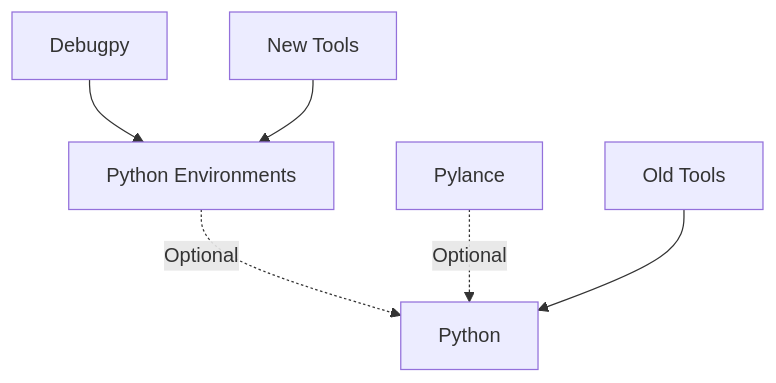
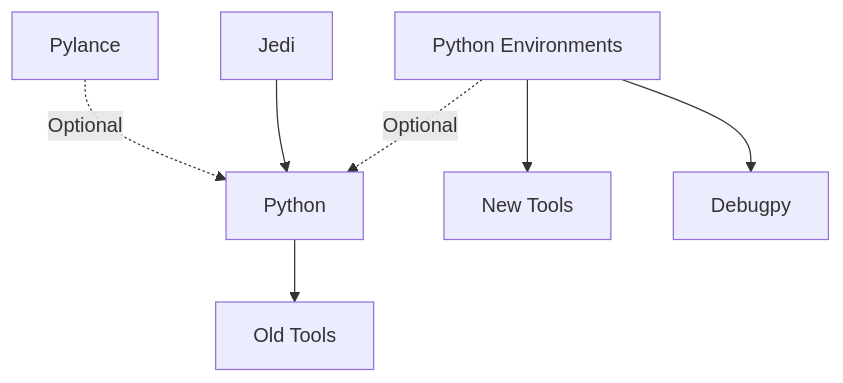
The first of 2 diagrams in README.md (microsoft/vscode-python-environments), drawn with Mermaid before and after one commit. The commit also changed other lines of this file, not shown here.

Commit message:
Tweak diagram

````diff
--- a/README.md
+++ b/README.md
@@ -63,9 +63,13 @@
 ```mermaid
 graph TD
     A[Python Environments] -. Optional .-> B
     B[Python]
-    C[Debugpy] --> A
-    D[New Tools] --> A
+    C[New Tools]
+    D[Debugpy]
     E[Pylance] -. Optional .-> B
-    F[Old Tools] --> B
+    F[Old Tools]
+    J[Jedi] --> B
+    B --> F
+    A --> C
+    A --> D
 ```
````
